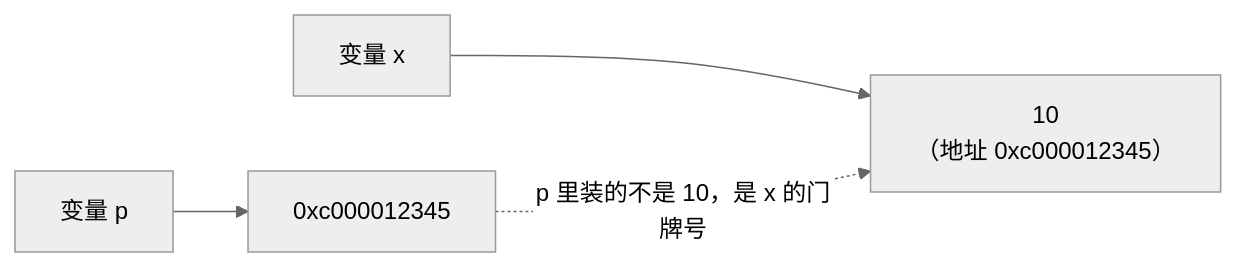
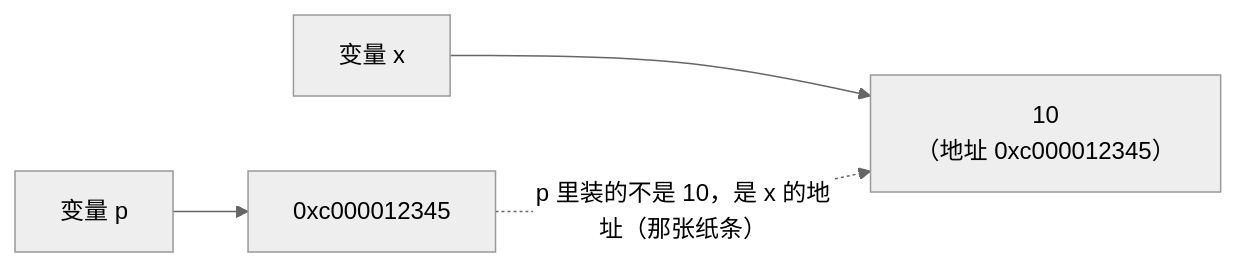
Before and after one commit to ddz12123/coding-doc: the diagram in docs/go/03-复合数据类型/04-pointers.md, drawn with Mermaid (neutral theme). The commit also changed other lines of this file and 34 other files, not shown here.

````diff
--- a/docs/go/03-复合数据类型/04-pointers.md
+++ b/docs/go/03-复合数据类型/04-pointers.md
@@ -62,6 +104,6 @@
 ```mermaid
 flowchart LR
     x[变量 x] --> vx["10<br/>（地址 0xc000012345）"]
     p[变量 p] --> vp["0xc000012345"]
-    vp -.->|"p 里装的不是 10，是 x 的门牌号"| vx
+    vp -.->|"p 里装的不是 10，是 x 的地址（那张纸条）"| vx
 ```
````
